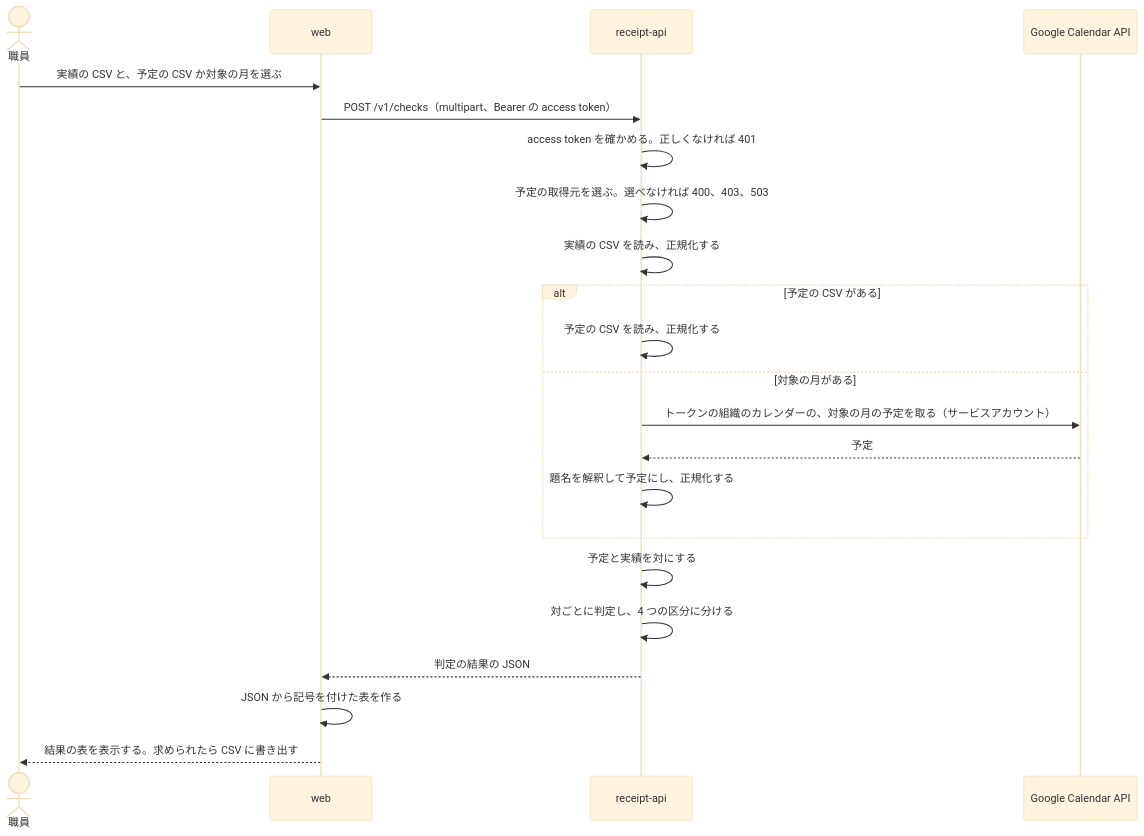
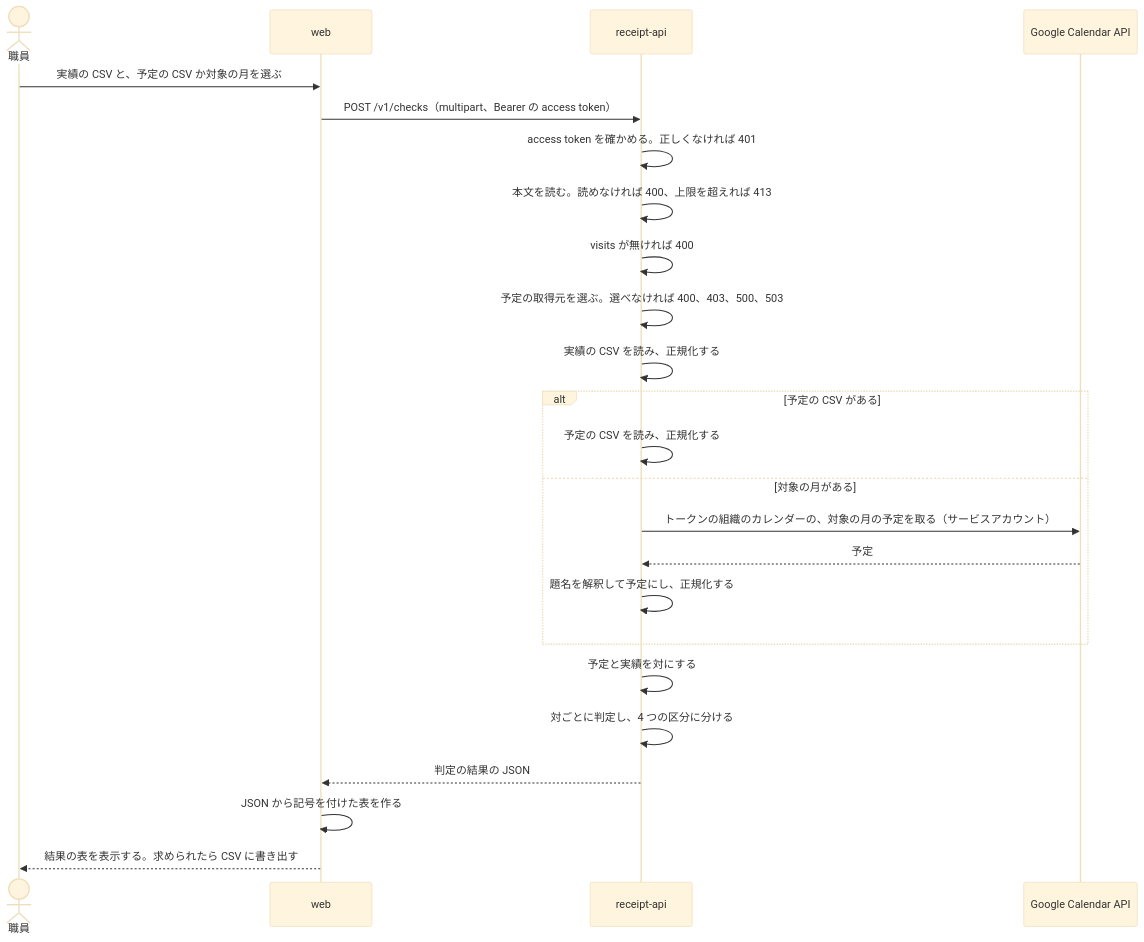
One commit to Fukuemon/buddy changed the diagram in apps/receipt-api/DesignDoc.md. Above: the diagram before and after it, drawn with Mermaid (base theme). The commit also changed other lines of this file and 1 other file, not shown here.

Commit message:
docs: レビューの指摘を直す（CORS の 403 の順、本文と visits の状態コード、訪問日の読み方） #117

````diff
--- a/apps/receipt-api/DesignDoc.md
+++ b/apps/receipt-api/DesignDoc.md
@@ -59,25 +59,27 @@
 ```mermaid
 sequenceDiagram
   actor S as 職員
   participant W as web
   participant R as receipt-api
   participant G as Google Calendar API
 
   S->>W: 実績の CSV と、予定の CSV か対象の月を選ぶ
   W->>R: POST /v1/checks（multipart、Bearer の access token）
   R->>R: access token を確かめる。正しくなければ 401
-  R->>R: 予定の取得元を選ぶ。選べなければ 400、403、503
+  R->>R: 本文を読む。読めなければ 400、上限を超えれば 413
+  R->>R: visits が無ければ 400
+  R->>R: 予定の取得元を選ぶ。選べなければ 400、403、500、503
   R->>R: 実績の CSV を読み、正規化する
   alt 予定の CSV がある
     R->>R: 予定の CSV を読み、正規化する
   else 対象の月がある
     R->>G: トークンの組織のカレンダーの、対象の月の予定を取る（サービスアカウント）
     G-->>R: 予定
     R->>R: 題名を解釈して予定にし、正規化する
   end
   R->>R: 予定と実績を対にする
   R->>R: 対ごとに判定し、4 つの区分に分ける
   R-->>W: 判定の結果の JSON
   W->>W: JSON から記号を付けた表を作る
   W-->>S: 結果の表を表示する。求められたら CSV に書き出す
 ```
````
